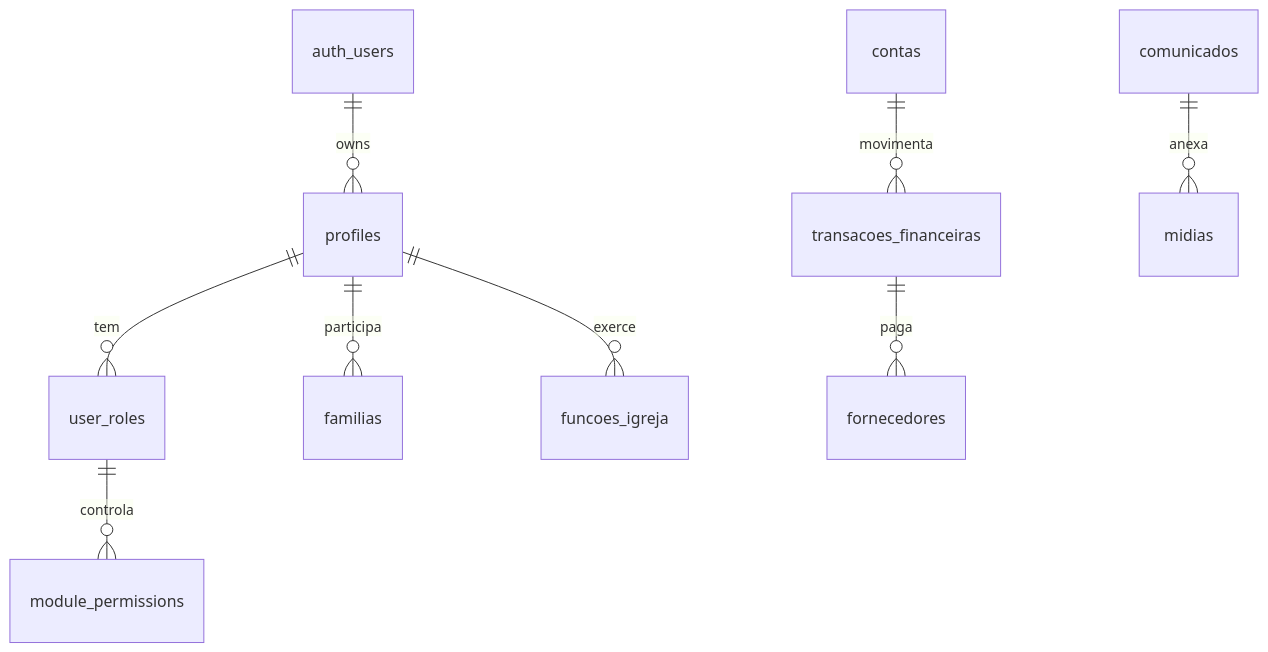
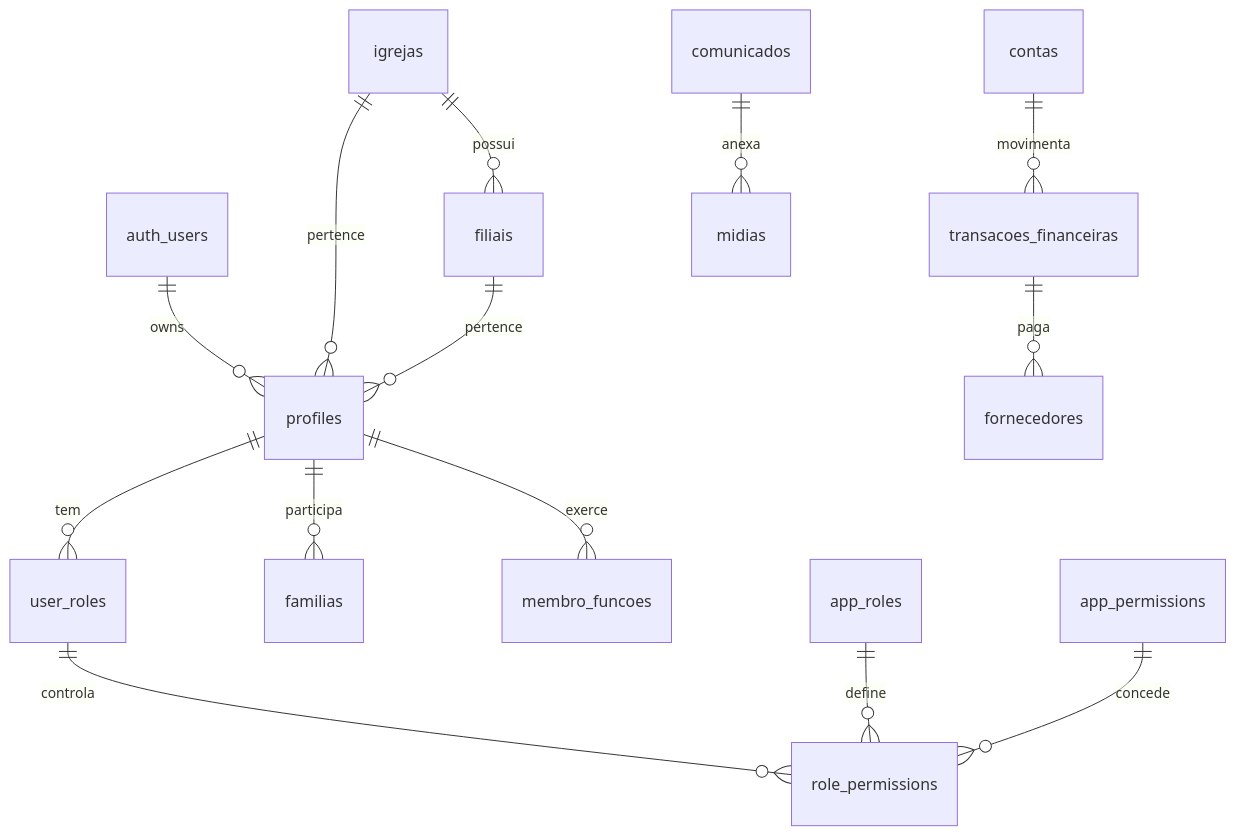
Before and after one commit to adrianoapc/igreja-carvalho: the first of 4 diagrams in docs/database-er-diagram.md, drawn with Mermaid. The commit also changed other lines of this file and 1 other file, not shown here.

````diff
--- a/docs/database-er-diagram.md
+++ b/docs/database-er-diagram.md
@@ -30,14 +54,21 @@
 ```mermaid
 erDiagram
     auth_users ||--o{ profiles : owns
     profiles ||--o{ user_roles : tem
-    user_roles ||--o{ module_permissions : controla
-
+    user_roles ||--o{ role_permissions : controla
+    
+    igrejas ||--o{ filiais : possui
+    igrejas ||--o{ profiles : pertence
+    filiais ||--o{ profiles : pertence
+    
     profiles ||--o{ familias : participa
-    profiles ||--o{ funcoes_igreja : exerce
-
+    profiles ||--o{ membro_funcoes : exerce
+    
+    app_roles ||--o{ role_permissions : define
+    app_permissions ||--o{ role_permissions : concede
+    
     contas ||--o{ transacoes_financeiras : movimenta
     transacoes_financeiras ||--o{ fornecedores : paga
-
+    
     comunicados ||--o{ midias : anexa
 ```
````
